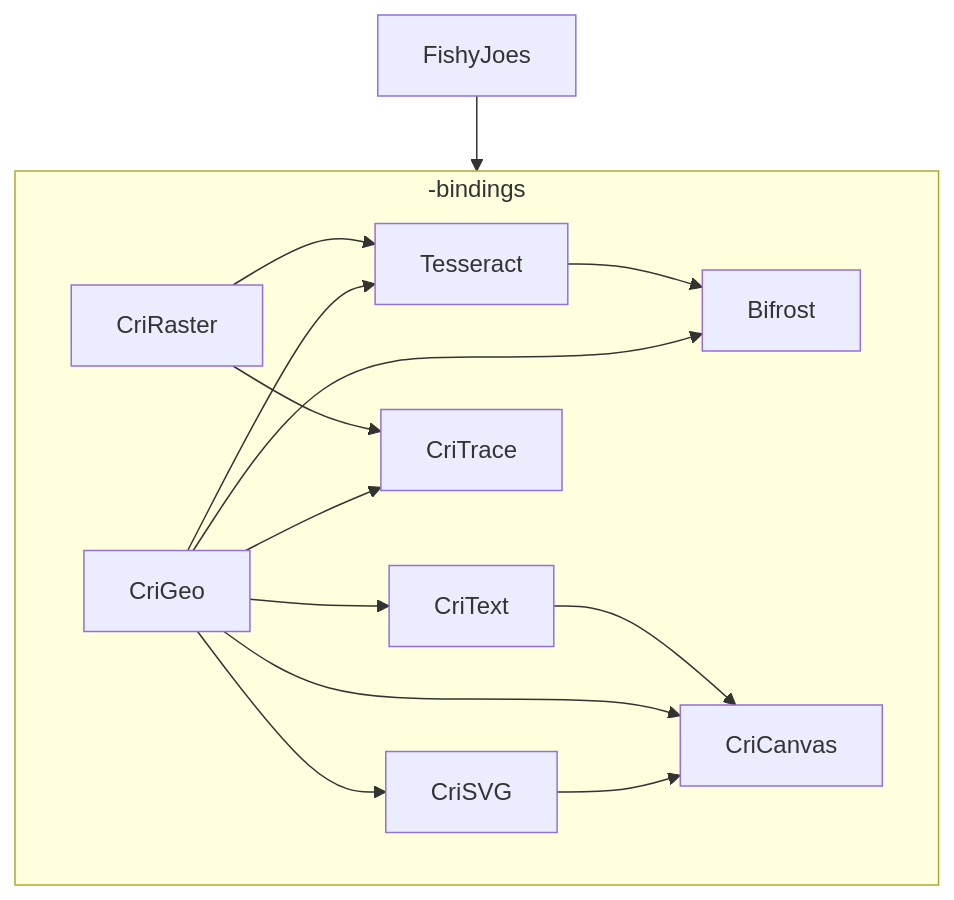
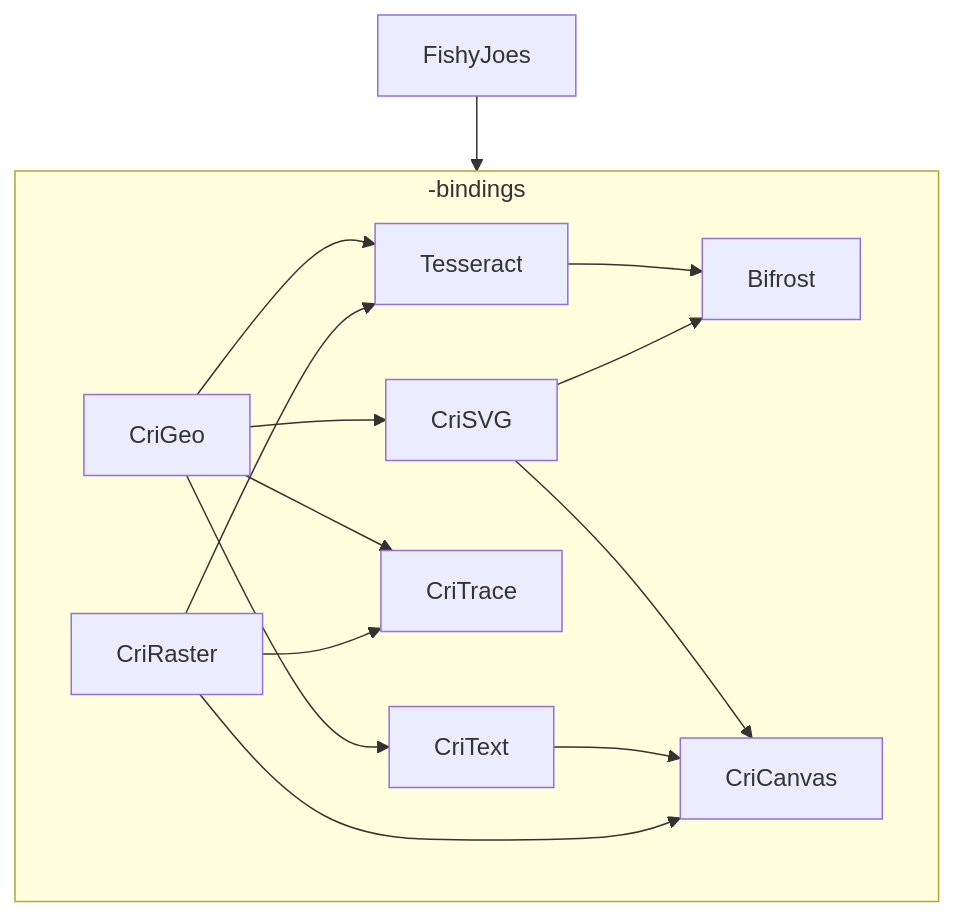
Before and after one commit to cricut/FishyJoes: the diagram in documentation/downstream-repo-dependencies.md, drawn with Mermaid.

Commit message:
Update downstream-repo-dependencies.md
Add new dependencies, remove transitive arrows

````diff
--- a/documentation/downstream-repo-dependencies.md
+++ b/documentation/downstream-repo-dependencies.md
@@ -1,13 +1,13 @@
 ```mermaid
 graph TD;
 FishyJoes --> -bindings;
 subgraph -bindings
 CriGeo --> CriText;
 CriGeo --> CriSVG;
 CriGeo & CriRaster --> CriTrace;
 CriGeo & CriRaster  --> Tesseract;
-CriGeo & Tesseract --> Bifrost;
+Tesseract & CriSVG --> Bifrost;
 CriSVG --> CriCanvas;
-CriGeo & CriText --> CriCanvas;
+CriText & CriRaster --> CriCanvas;
 end
 ```
````
